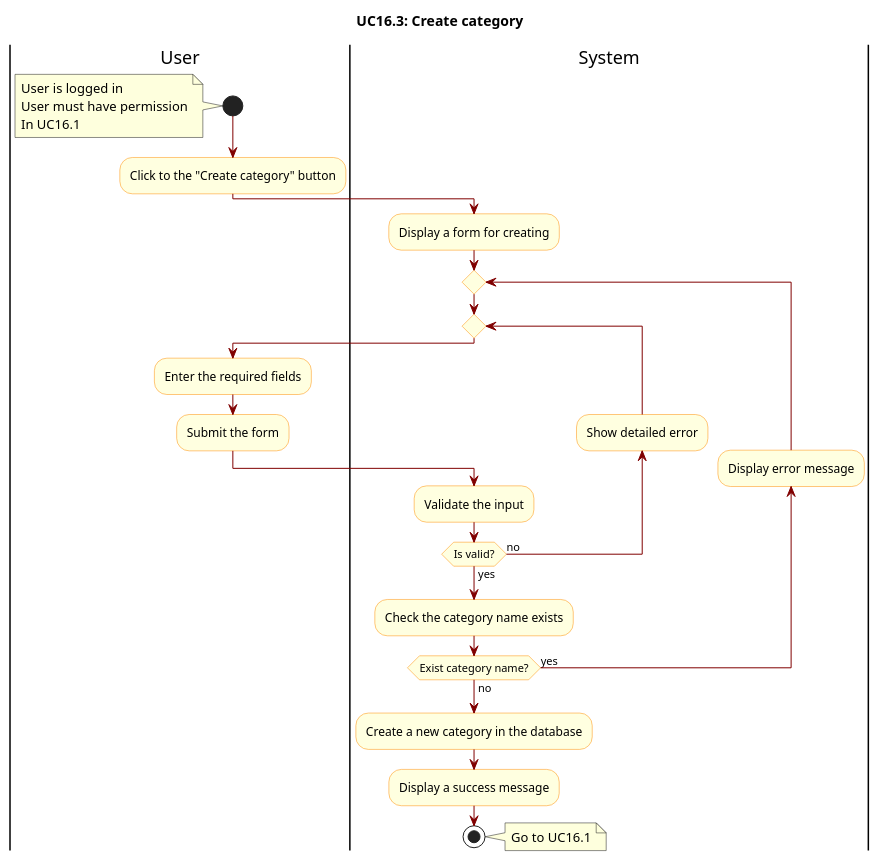
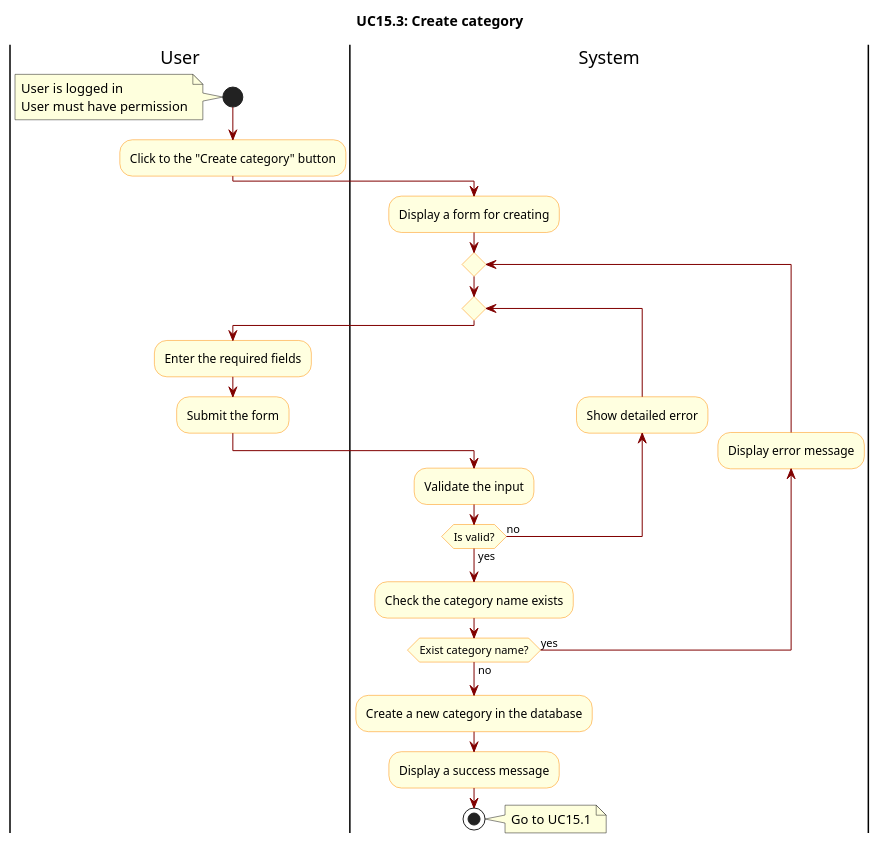
The diagram in docs/activity diagram/UC17.3-CreateCategory.wsd (hiusnguyen201/BE_ClothingShop), drawn with PlantUML before and after one commit. The commit also changed 90 other files, not shown here.

```diff
--- a/docs/activity diagram/UC17.3-CreateCategory.wsd
+++ b/docs/activity diagram/UC17.3-CreateCategory.wsd
@@ -1,49 +1,48 @@
 @startuml
 
 skinparam ActivityBackgroundColor LightYellow
 skinparam ActivityBorderColor DarkOrange
 skinparam ArrowColor Maroon
 
-title UC16.3: Create category
+title UC15.3: Create category
 
 |User|
 start
 note left
     User is logged in  
     User must have permission
-    In UC16.1
 end note
 
 |User|
 :Click to the "Create category" button;
 
 |System|
 :Display a form for creating;
 
 repeat 
     repeat
         |User|
         :Enter the required fields;
         :Submit the form;
 
         |System|
         :Validate the input;
 
         backward :Show detailed error;
     repeat while(Is valid?) is(no) not(yes)
 
     |System|
     :Check the category name exists;
 
     backward :Display error message;
 repeat while(Exist category name?) is(yes) not(no)
 
 :Create a new category in the database;
 :Display a success message;
 
 stop
 note right
-    Go to UC16.1
+    Go to UC15.1
 end note
 
 @enduml
```
